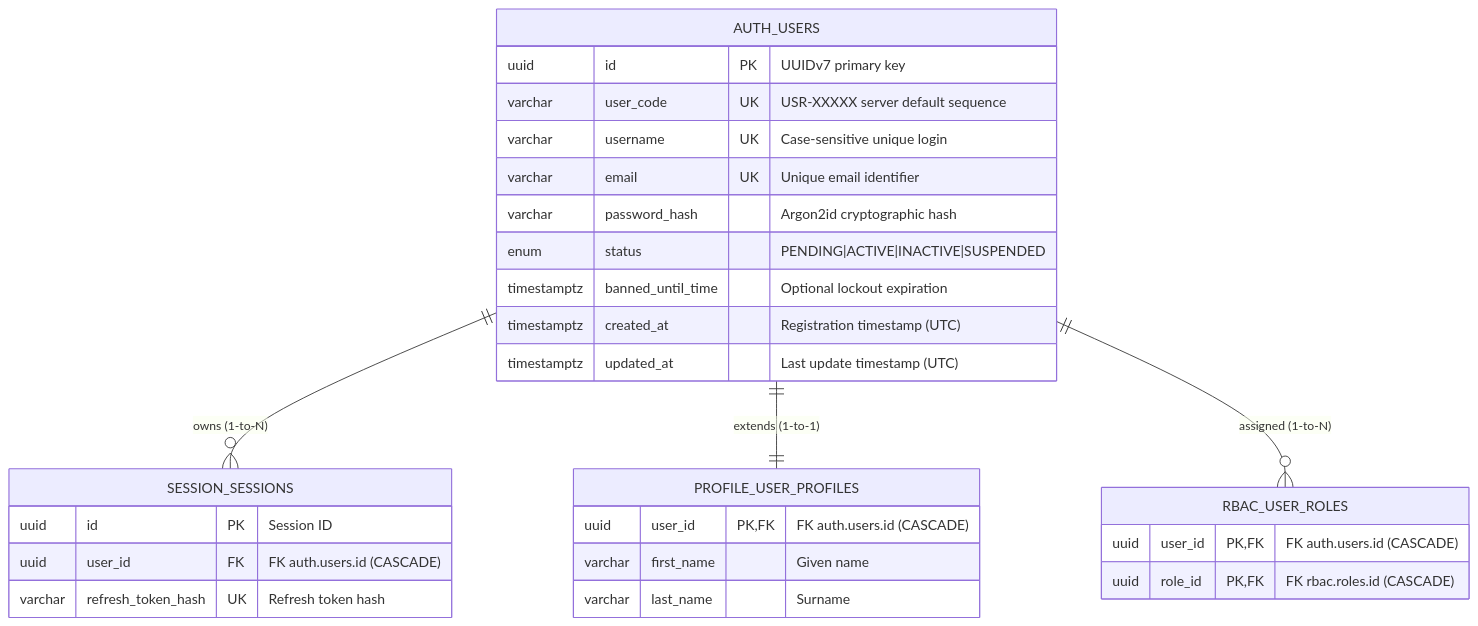
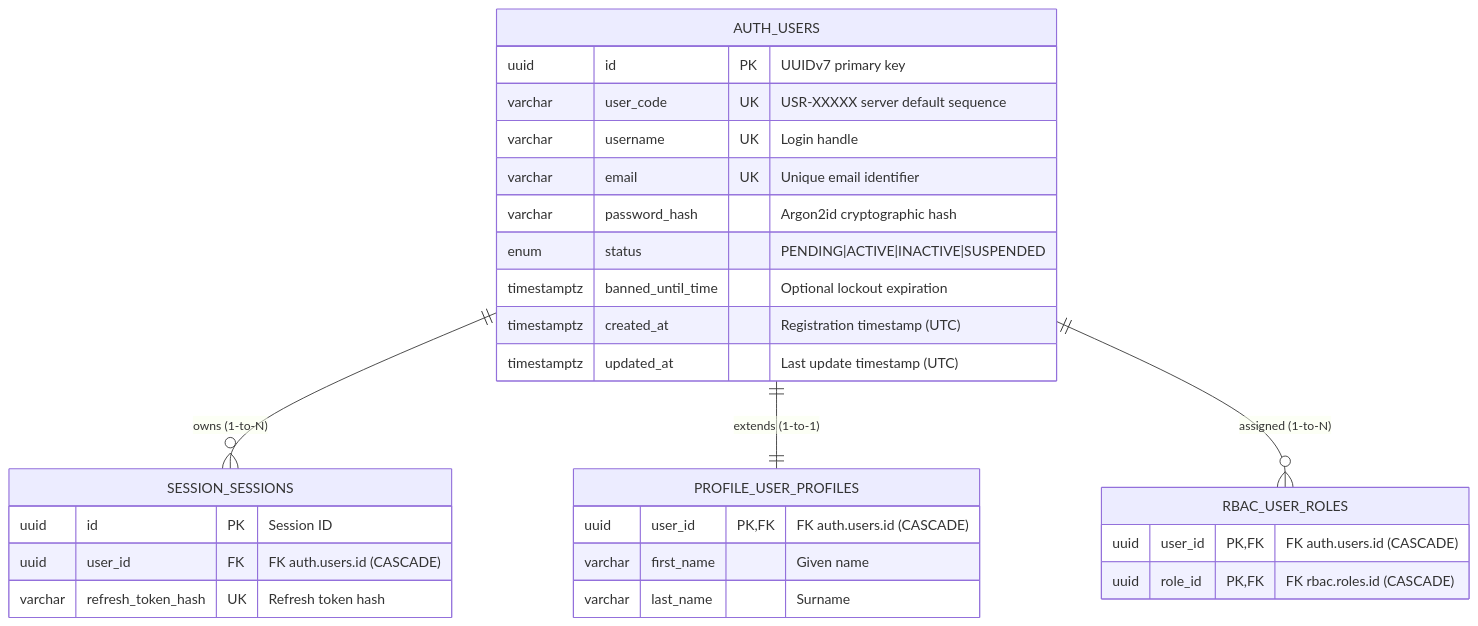
The diagram in docs/docs/authentication/ERD.md (Template-Codes/fastapi-init-setup-template-v2), drawn with Mermaid before and after one commit. The commit also changed other lines of this file and 9 other files, not shown here.

````diff
--- a/docs/docs/authentication/ERD.md
+++ b/docs/docs/authentication/ERD.md
@@ -9,35 +9,35 @@
 ```mermaid
 erDiagram
     AUTH_USERS {
         uuid id PK "UUIDv7 primary key"
         varchar user_code UK "USR-XXXXX server default sequence"
-        varchar username UK "Case-sensitive unique login"
+        varchar username UK "Login handle"
         varchar email UK "Unique email identifier"
         varchar password_hash "Argon2id cryptographic hash"
         enum status "PENDING|ACTIVE|INACTIVE|SUSPENDED"
         timestamptz banned_until_time "Optional lockout expiration"
         timestamptz created_at "Registration timestamp (UTC)"
         timestamptz updated_at "Last update timestamp (UTC)"
     }
 
     SESSION_SESSIONS {
         uuid id PK "Session ID"
         uuid user_id FK "FK auth.users.id (CASCADE)"
         varchar refresh_token_hash UK "Refresh token hash"
     }
 
     PROFILE_USER_PROFILES {
         uuid user_id PK,FK "FK auth.users.id (CASCADE)"
         varchar first_name "Given name"
         varchar last_name "Surname"
     }
 
     RBAC_USER_ROLES {
         uuid user_id PK,FK "FK auth.users.id (CASCADE)"
         uuid role_id PK,FK "FK rbac.roles.id (CASCADE)"
     }
 
     AUTH_USERS ||--o{ SESSION_SESSIONS : "owns (1-to-N)"
     AUTH_USERS ||--|| PROFILE_USER_PROFILES : "extends (1-to-1)"
     AUTH_USERS ||--o{ RBAC_USER_ROLES : "assigned (1-to-N)"
 ```
````
